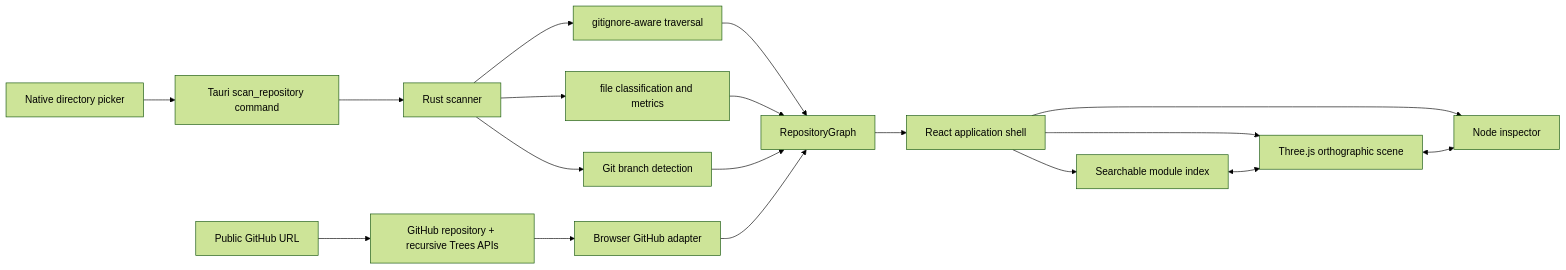
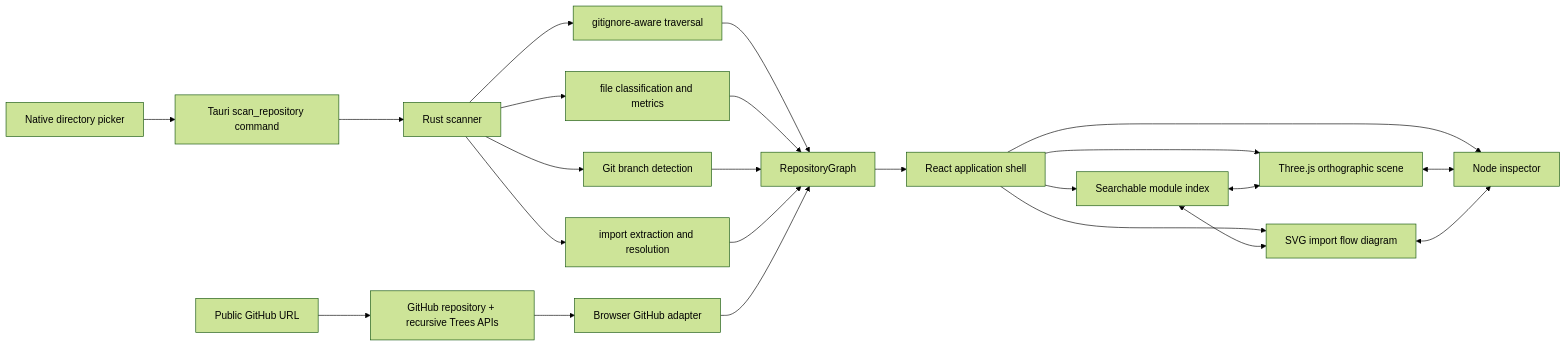
The diagram in README.md (Volpestyle/codebase-atlas), drawn with Mermaid (forest theme) before and after one commit. The commit also changed other lines of this file and 4 other files, not shown here.

First line of the commit message:
feat: wire flow view, map files, and bundled maps into the app shell

````diff
--- a/README.md
+++ b/README.md
@@ -9,20 +9,25 @@
 ```mermaid
 flowchart LR
     A[Native directory picker] --> B[Tauri scan_repository command]
     L[Public GitHub URL] --> M[GitHub repository + recursive Trees APIs]
     B --> C[Rust scanner]
     C --> D[gitignore-aware traversal]
     C --> E[file classification and metrics]
     C --> F[Git branch detection]
+    C --> O[import extraction and resolution]
     D --> G[RepositoryGraph]
     E --> G
     F --> G
+    O --> G
     M --> N[Browser GitHub adapter]
     N --> G
     G --> H[React application shell]
     H --> I[Searchable module index]
     H --> J[Three.js orthographic scene]
+    H --> P[SVG import flow diagram]
     H --> K[Node inspector]
     I <--> J
+    I <--> P
     J <--> K
+    P <--> K
 ```
````
